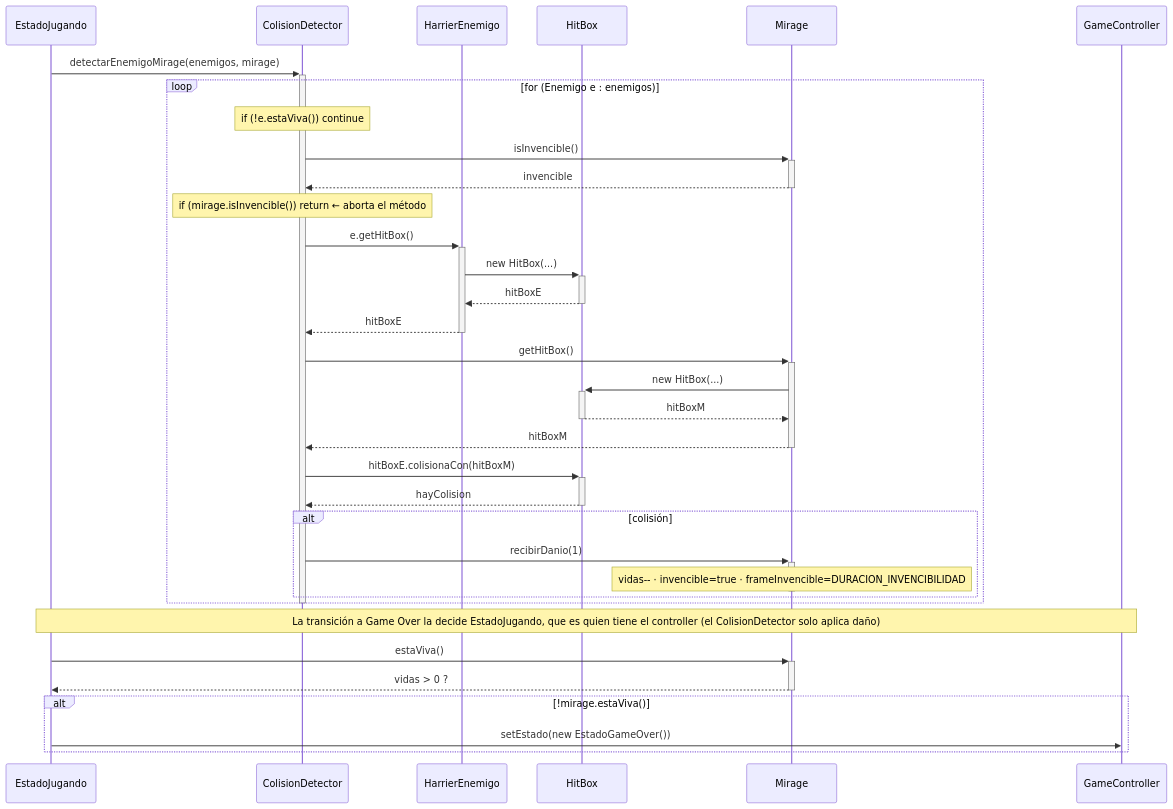
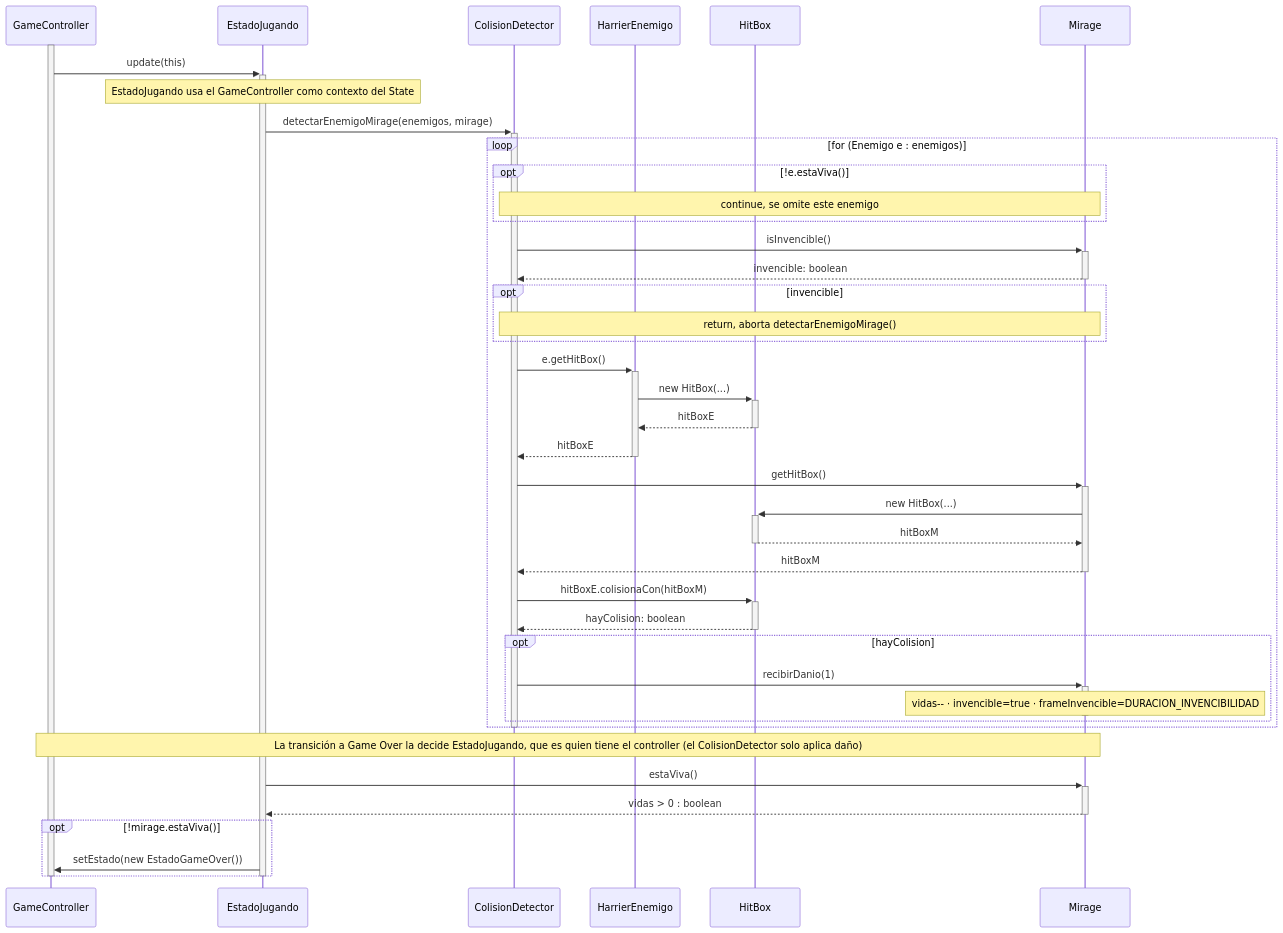
One commit to Christian-Rojas-Rodriguez/juego-1982 changed the sixth of 9 diagrams in docs/v1/analisis/casos-de-uso.md. Above: the diagram before and after it, drawn with Mermaid. The commit also changed other lines of this file, not shown here.

Commit message:
docs: modificar diagramas de secuencia

````diff
--- a/docs/v1/analisis/casos-de-uso.md
+++ b/docs/v1/analisis/casos-de-uso.md
@@ -276,40 +293,49 @@
 ```mermaid
 sequenceDiagram
+    participant GameController
     participant EstadoJugando
     participant ColisionDetector
     participant HarrierEnemigo
     participant HitBox
     participant Mirage
-    participant GameController
 
+    activate GameController
+    GameController->>+EstadoJugando: update(this)
+    Note over EstadoJugando: EstadoJugando usa el GameController como contexto del State
     EstadoJugando->>+ColisionDetector: detectarEnemigoMirage(enemigos, mirage)
     loop for (Enemigo e : enemigos)
-        Note over ColisionDetector: if (!e.estaViva()) continue;
+        opt !e.estaViva()
+            Note over ColisionDetector, Mirage: continue, se omite este enemigo
+        end
         ColisionDetector->>+Mirage: isInvencible()
-        Mirage-->>-ColisionDetector: invencible
-        Note over ColisionDetector: if (mirage.isInvencible()) return  ← aborta el método
+        Mirage-->>-ColisionDetector: invencible: boolean
+        opt invencible
+            Note over ColisionDetector, Mirage: return, aborta detectarEnemigoMirage()
+        end
         ColisionDetector->>+HarrierEnemigo: e.getHitBox()
         HarrierEnemigo->>+HitBox: new HitBox(...)
         HitBox-->>-HarrierEnemigo: hitBoxE
         HarrierEnemigo-->>-ColisionDetector: hitBoxE
         ColisionDetector->>+Mirage: getHitBox()
         Mirage->>+HitBox: new HitBox(...)
         HitBox-->>-Mirage: hitBoxM
         Mirage-->>-ColisionDetector: hitBoxM
         ColisionDetector->>+HitBox: hitBoxE.colisionaCon(hitBoxM)
-        HitBox-->>-ColisionDetector: hayColision
-        alt colisión
+        HitBox-->>-ColisionDetector: hayColision: boolean
+        opt hayColision
             ColisionDetector->>+Mirage: recibirDanio(1)
             Note over Mirage: vidas-- · invencible=true · frameInvencible=DURACION_INVENCIBILIDAD
             deactivate Mirage
         end
     end
     deactivate ColisionDetector
 
-    Note over EstadoJugando,GameController: La transición a Game Over la decide EstadoJugando, que es quien tiene el controller (el ColisionDetector solo aplica daño)
+    Note over GameController, Mirage: La transición a Game Over la decide EstadoJugando, que es quien tiene el controller (el ColisionDetector solo aplica daño)
     EstadoJugando->>+Mirage: estaViva()
-    Mirage-->>-EstadoJugando: vidas > 0 ?
-    alt !mirage.estaViva()
+    Mirage-->>-EstadoJugando: vidas > 0 : boolean
+    opt !mirage.estaViva()
         EstadoJugando->>GameController: setEstado(new EstadoGameOver())
     end
+    deactivate EstadoJugando
+    deactivate GameController
 ```
````
